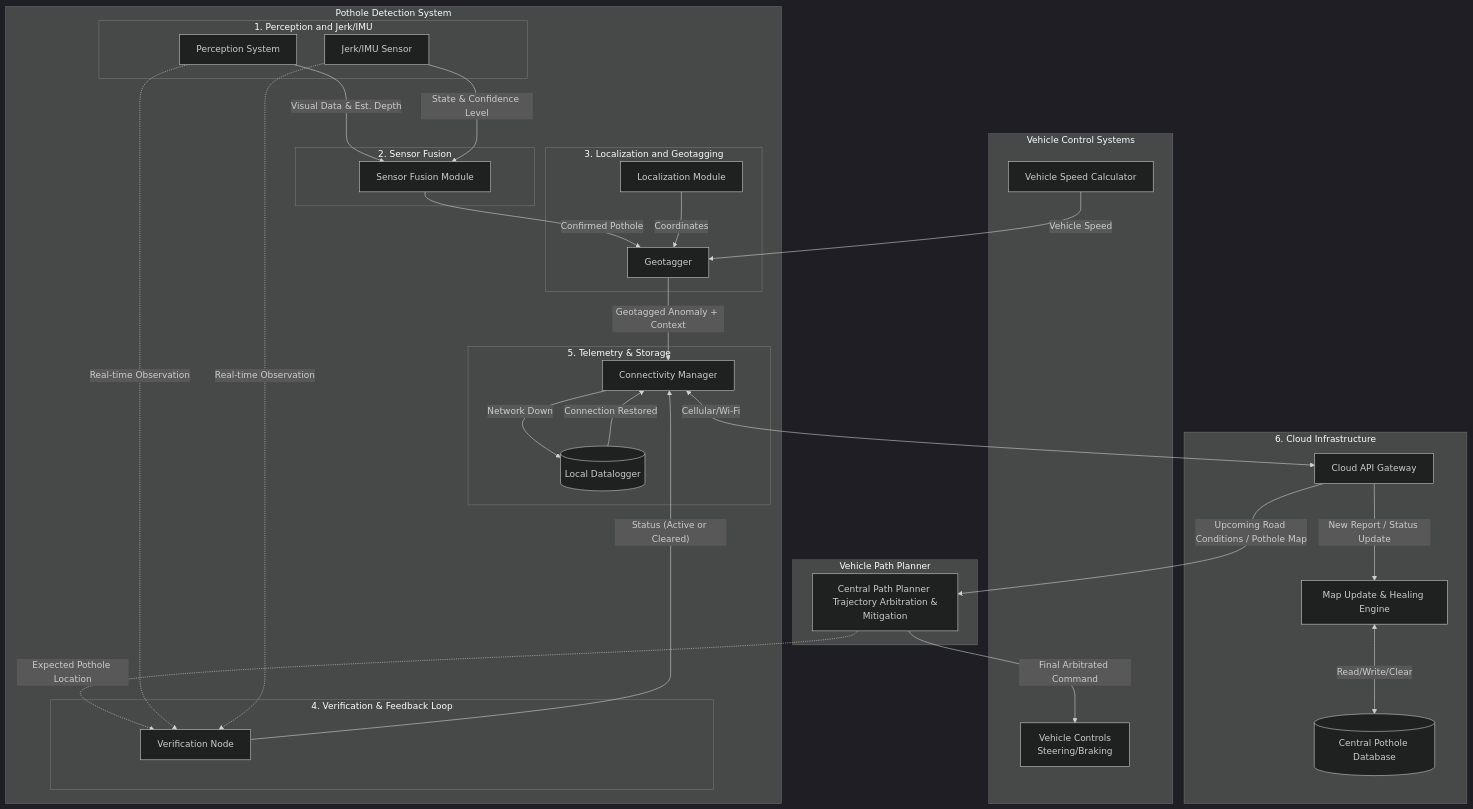
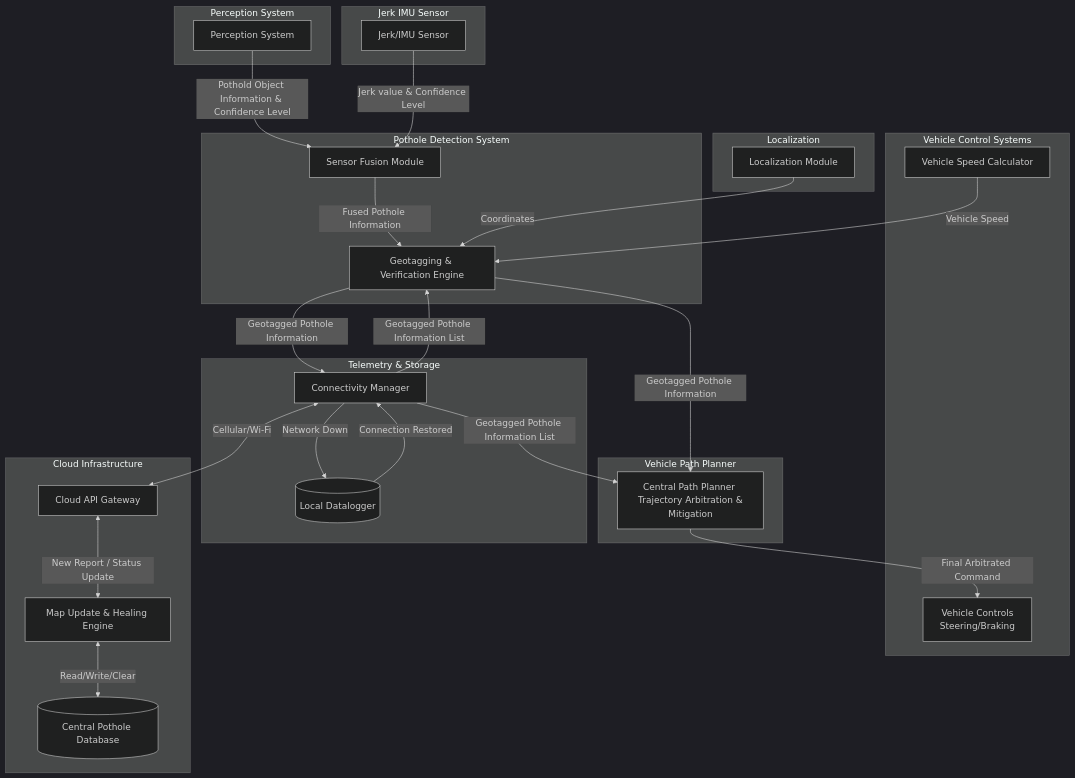
One commit to niranjankamalapurkar/av_pothole_detection changed the diagram in block_diagram.md. Above: the diagram before and after it, drawn with Mermaid (dark theme). The commit also changed other lines of this file and 2 other files, not shown here.

Commit message:
chore: update block diagram add hara

````diff
--- a/block_diagram.md
+++ b/block_diagram.md
@@ -30,74 +30,66 @@
 ```mermaid
 flowchart TD
     subgraph VehicleCentral [Vehicle Control Systems]
         O[Vehicle Speed Calculator]
         VC[Vehicle Controls <br/> Steering/Braking]
     end
 
     subgraph PathPlanner [Vehicle Path Planner]
         PP[Central Path Planner <br/> Trajectory Arbitration & Mitigation]
     end
 
-    subgraph PotholeSystem [Pothole Detection System]
-        
-        subgraph Sensors [1. Perception and Jerk/IMU]
-            P[Perception System]
-            J[Jerk/IMU Sensor]
-        end
-
-        subgraph Fusion [2. Sensor Fusion]
-            F[Sensor Fusion Module]
-        end
-
-        subgraph LocalizationSys [3. Localization and Geotagging]
-            L[Localization Module]
-            G[Geotagger]
-        end
-
-        subgraph Feedback [4. Verification & Feedback Loop]
-            VN[Verification Node]
-        end
-
-        subgraph Telemetry [5. Telemetry & Storage]
-            CM[Connectivity Manager]
-            DL[(Local Datalogger)]
-        end
+    subgraph PerceptionSystem [Perception System]
+        P[Perception System]
     end
 
-    subgraph Cloud [6. Cloud Infrastructure]
+    subgraph JerkSensor [Jerk IMU Sensor]
+        J[Jerk/IMU Sensor]
+    end
+
+    subgraph Localization [Localization]
+        L[Localization Module]
+    end
+
+    subgraph PotholeSystem [Pothole Detection System]
+        F[Sensor Fusion Module]
+        GV[Geotagging & Verification Engine]
+    end
+
+    subgraph Telemetry [Telemetry & Storage]
+        CM[Connectivity Manager]
+        DL[(Local Datalogger)]
+    end
+
+    subgraph Cloud [Cloud Infrastructure]
         API[Cloud API Gateway]
         HE[Map Update & Healing Engine]
         DB[(Central Pothole Database)]
     end
 
     %% Sensor to Fusion Flow
-    P -->|Visual Data & Est. Depth| F
-    J -->|State & Confidence Level| F
+    P -->|Pothold Object Information & Confidence Level| F
+    J -->|Jerk value & Confidence Level| F
     
     %% Fusion to Geotagging Flow
-    F -->|Confirmed Pothole| G
-    L -->|Coordinates| G
-    O -->|Vehicle Speed| G
+    F -->|Fused Pothole Information| GV
+    L -->|Coordinates| GV
+    O -->|Vehicle Speed| GV
+    GV -->|Geotagged Pothole Information| PP
 
     %% Geotagging to Telemetry Flow
-    G -->|Geotagged Anomaly + Context| CM
+    GV -->|Geotagged Pothole Information| CM
     CM -- "Network Down" --> DL
     DL -- "Connection Restored" --> CM
 
     %% Vehicle to Cloud Flow
     CM <-->|"Cellular/Wi-Fi"| API
-    API -->|New Report / Status Update| HE
+    API <-->|New Report / Status Update| HE
     HE <-->|Read/Write/Clear| DB
 
     %% Cloud to Vehicle Flow (Direct to Path Planner)
-    API -->|Upcoming Road Conditions / Pothole Map| PP
+    CM -->|Geotagged Pothole Information List| PP
+    CM -->|Geotagged Pothole Information List| GV
     
     %% Path Planner Actions
     PP -->|Final Arbitrated Command| VC
-    PP -.->|Expected Pothole Location| VN
-
-    %% Feedback Loop
-    P -.->|Real-time Observation| VN
-    J -.->|Real-time Observation| VN
-    VN -->|"Status (Active or Cleared)"| CM
 ```
````
